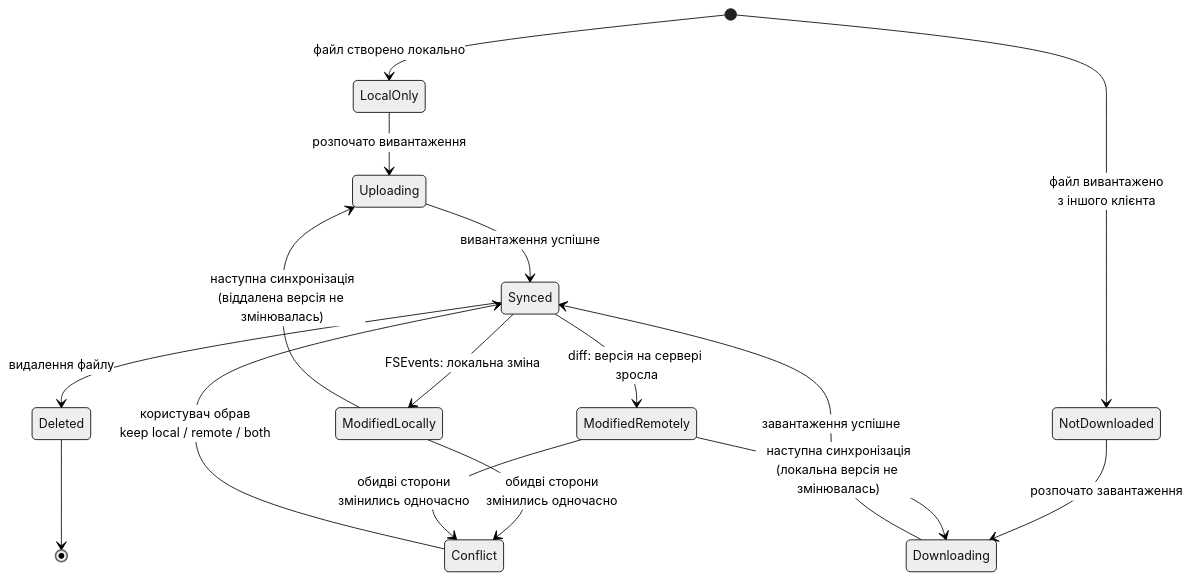
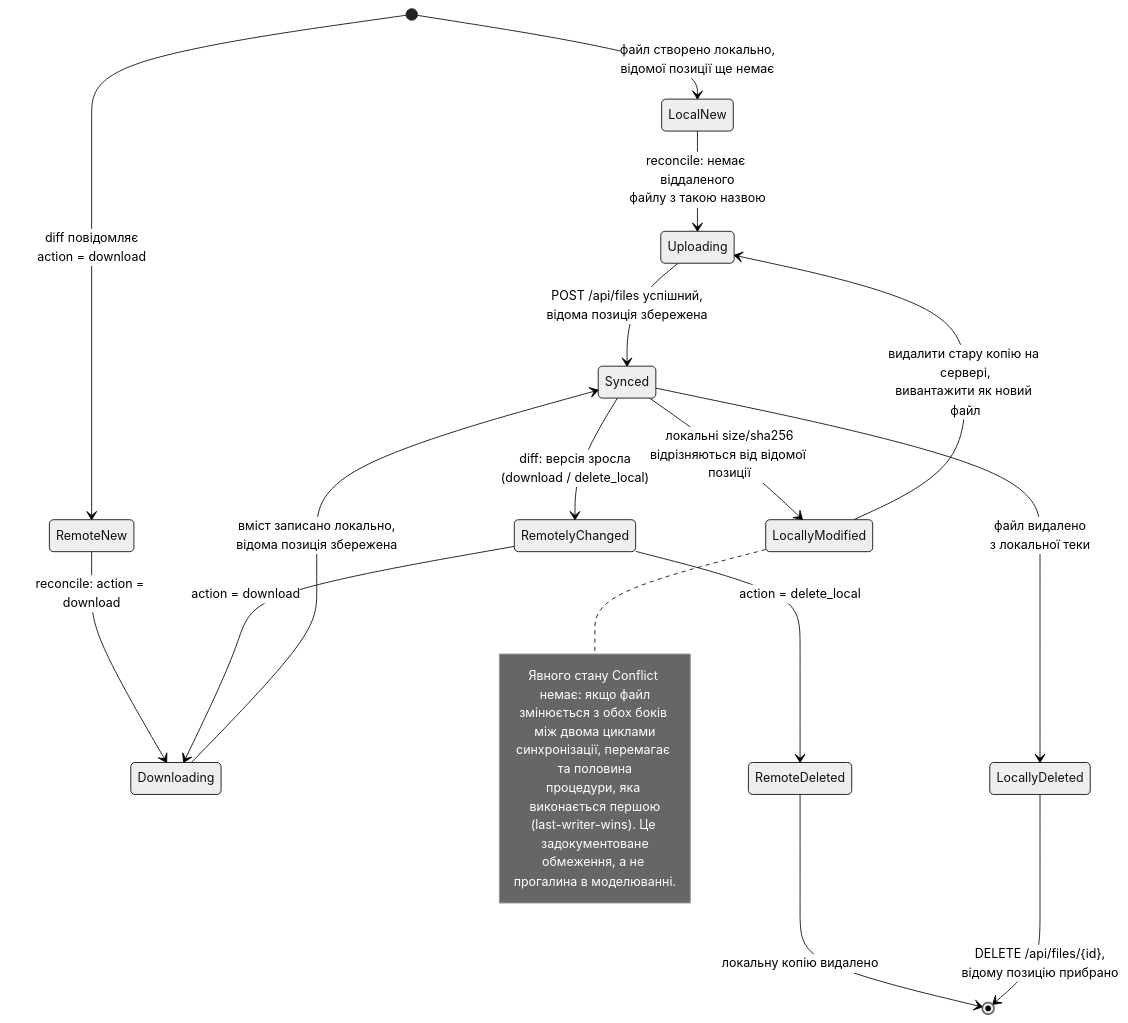
The diagram in docs/diagrams-uml/src/ua/08-state-file.mmd (Shitcode-Swamp/file-space), drawn with Mermaid before and after one commit. The commit also changed 55 other files, not shown here.

Commit message:
Diagrams and report

```diff
--- a/docs/diagrams-uml/src/ua/08-state-file.mmd
+++ b/docs/diagrams-uml/src/ua/08-state-file.mmd
@@ -1,24 +1,30 @@
 %%{init: {'theme': 'neutral', 'themeVariables': {'fontSize': '15px'}}}%%
 stateDiagram-v2
-    [*] --> LocalOnly : файл створено локально
-    [*] --> NotDownloaded : файл вивантажено<br/>з іншого клієнта
+    [*] --> LocalNew : файл створено локально,<br/>відомої позиції ще немає
+    [*] --> RemoteNew : diff повідомляє<br/>action = download
 
-    LocalOnly --> Uploading : розпочато вивантаження
-    Uploading --> Synced : вивантаження успішне
+    LocalNew --> Uploading : reconcile: немає віддаленого<br/>файлу з такою назвою
+    Uploading --> Synced : POST /api/files успішний,<br/>відома позиція збережена
 
-    NotDownloaded --> Downloading : розпочато завантаження
-    Downloading --> Synced : завантаження успішне
+    RemoteNew --> Downloading : reconcile: action = download
+    Downloading --> Synced : вміст записано локально,<br/>відома позиція збережена
 
-    Synced --> ModifiedLocally : FSEvents: локальна зміна
-    Synced --> ModifiedRemotely : diff: версія на сервері зросла
+    Synced --> LocallyModified : локальні size/sha256<br/>відрізняються від відомої позиції
+    Synced --> RemotelyChanged : diff: версія зросла<br/>(download / delete_local)
 
-    ModifiedLocally --> Uploading : наступна синхронізація<br/>(віддалена версія не змінювалась)
-    ModifiedRemotely --> Downloading : наступна синхронізація<br/>(локальна версія не змінювалась)
+    LocallyModified --> Uploading : видалити стару копію на сервері,<br/>вивантажити як новий файл
+    RemotelyChanged --> Downloading : action = download
+    RemotelyChanged --> RemoteDeleted : action = delete_local
+    RemoteDeleted --> [*] : локальну копію видалено
 
-    ModifiedLocally --> Conflict : обидві сторони<br/>змінились одночасно
-    ModifiedRemotely --> Conflict : обидві сторони<br/>змінились одночасно
+    Synced --> LocallyDeleted : файл видалено<br/>з локальної теки
+    LocallyDeleted --> [*] : DELETE /api/files/{id},<br/>відому позицію прибрано
 
-    Conflict --> Synced : користувач обрав<br/>keep local / remote / both
-
-    Synced --> Deleted : видалення файлу
-    Deleted --> [*]
+    note right of LocallyModified
+        Явного стану Conflict немає: якщо файл
+        змінюється з обох боків між двома циклами
+        синхронізації, перемагає та половина
+        процедури, яка виконається першою
+        (last-writer-wins). Це задокументоване
+        обмеження, а не прогалина в моделюванні.
+    end note
```
